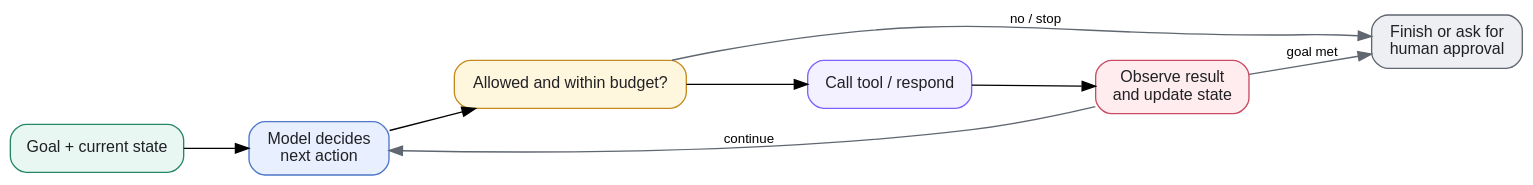
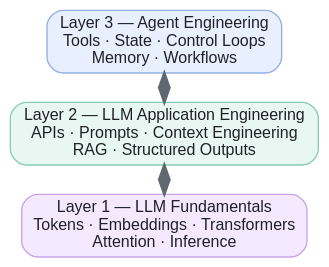
The fourth of 4 diagrams in knowledge_base/week-01-llm-fundamentals/concepts.md (lngsa1234/my-llm-playground), drawn with Graphviz before and after one commit. The commit also changed other lines of this file, not shown here.

Commit message:
Week 1 concepts: three-layer diagram in section 5, drop agent control loop
Section 5 now introduces agents in plain terms and shows the three layers
(LLM fundamentals, application engineering, agent engineering), tied back to
sections 1-4. The agent control loop diagram is removed as too detailed for
the first lesson.

Claude-Session: https://claude.ai/code/session_019wvSApkxw22PMUzNmxES6b

````diff
--- a/knowledge_base/week-01-llm-fundamentals/concepts.md
+++ b/knowledge_base/week-01-llm-fundamentals/concepts.md
@@ -122,16 +106,13 @@
 ```graphviz
-digraph agent_loop {
-  rankdir=LR; bgcolor="transparent"; nodesep=.45; ranksep=.65;
-  node [shape=box style="rounded,filled" fontname="Arial" fontsize=12 fontcolor="#202124" margin=".18,.10"];
-  goal [label="Goal + current state" fillcolor="#E8F7F2" color="#25866A"];
-  decide [label="Model decides\nnext action" fillcolor="#E8F0FF" color="#4F76C8"];
-  check [label="Allowed and within budget?" fillcolor="#FFF6DE" color="#C68B20"];
-  act [label="Call tool / respond" fillcolor="#F3F0FF" color="#7B61FF"];
-  observe [label="Observe result\nand update state" fillcolor="#FFECEE" color="#C74B62"];
-  done [label="Finish or ask for\nhuman approval" fillcolor="#EDEFF2" color="#606770"];
-  goal -> decide -> check -> act -> observe;
-  observe -> decide [label="  continue" fontname="Arial" fontsize=10 color="#606770"];
-  check -> done [label="  no / stop" fontname="Arial" fontsize=10 color="#606770"];
-  observe -> done [label="  goal met" fontname="Arial" fontsize=10 color="#606770"];
+// width: 360
+// center
+digraph learning_layers {
+  rankdir=BT; bgcolor="transparent"; nodesep=.25; ranksep=.3;
+  node [shape=box style="rounded,filled" fontname="Arial" fontsize=12 fontcolor="#202124" margin=".12,.06"];
+  fundamentals [label="Layer 1 — LLM Fundamentals\nTokens · Embeddings · Transformers\nAttention · Inference" fillcolor="#F5E9FF" color="#C5A5E9"];
+  application [label="Layer 2 — LLM Application Engineering\nAPIs · Prompts · Context Engineering\nRAG · Structured Outputs" fillcolor="#E8F7F2" color="#86CDB7"];
+  agents [label="Layer 3 — Agent Engineering\nTools · State · Control Loops\nMemory · Workflows" fillcolor="#E8F0FF" color="#92AFE8"];
+  fundamentals -> application [dir=both color="#606770" penwidth=2];
+  application -> agents [dir=both color="#606770" penwidth=2];
 }
 ```
````
